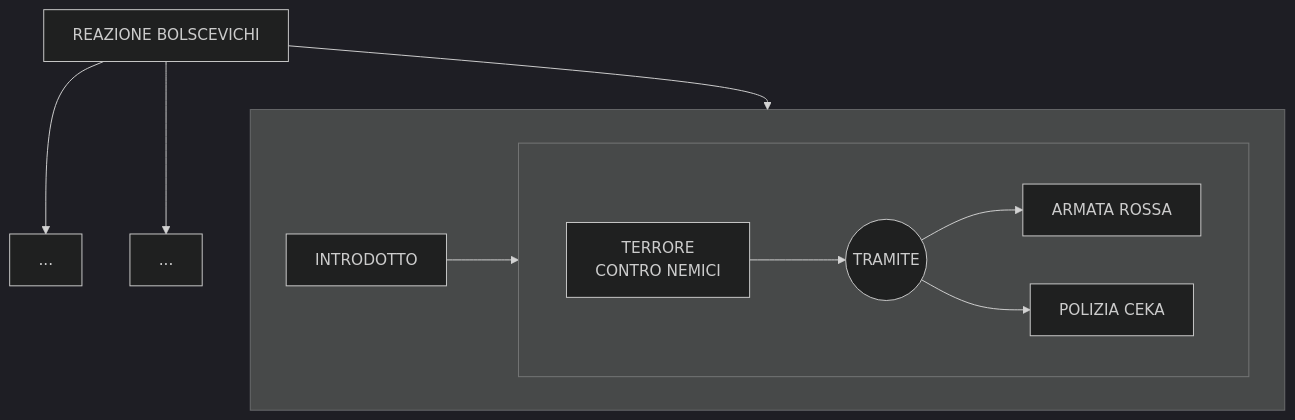
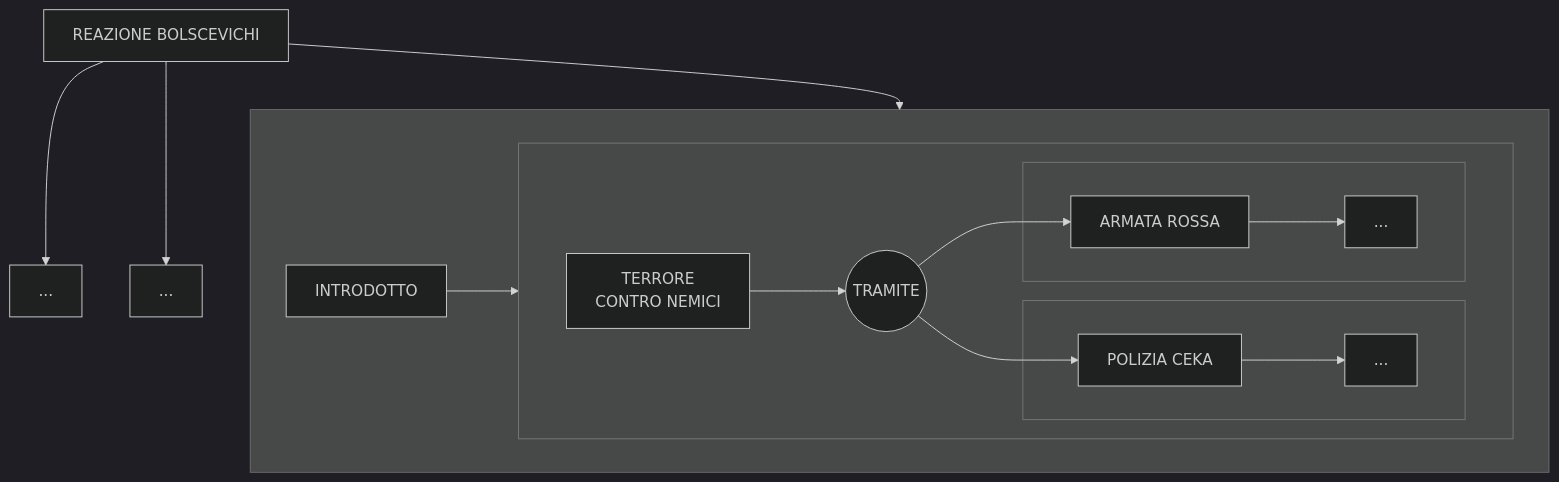
One commit to Laaouatni/ricerca-storia-MermaidJS changed the tenth of 11 diagrams in stalinismo.md. Above: the diagram before and after it, drawn with Mermaid (dark theme).

````diff
--- a/stalinismo.md
+++ b/stalinismo.md
@@ -473,18 +473,26 @@
 ```mermaid
 flowchart TB
     0[REAZIONE BOLSCEVICHI]
     1[...]
     2[...]
     subgraph 3[" "]
         30[INTRODOTTO]
         subgraph 31[" "]
             direction LR;
             310[TERRORE <BR> CONTRO NEMICI]
             311((TRAMITE))
-            312[ARMATA ROSSA]
-            313[POLIZIA CEKA]
+            subgraph 3110[" "]
+                312[ARMATA ROSSA]
+                3120[...]
+                312 --> 3120
+            end
+            subgraph 3111[" "]
+                313[POLIZIA CEKA]
+                3130[...]
+                313 --> 3130
+            end
         end
         30 --> 310 --> 311 --> 312 & 313
     end
     0 --> 1 & 2 & 3
 ```
````
